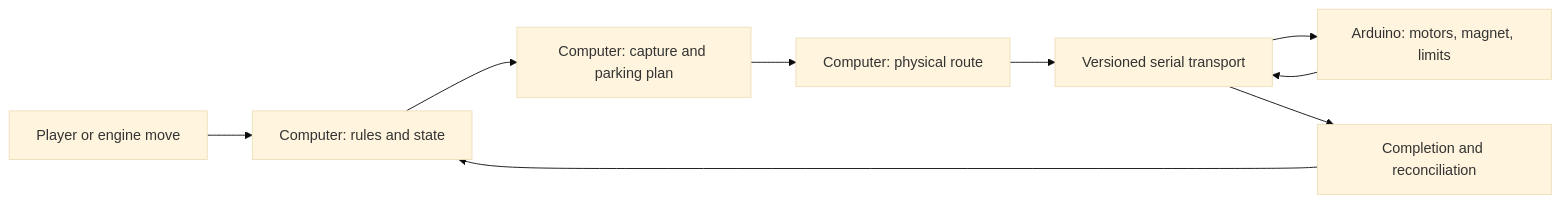
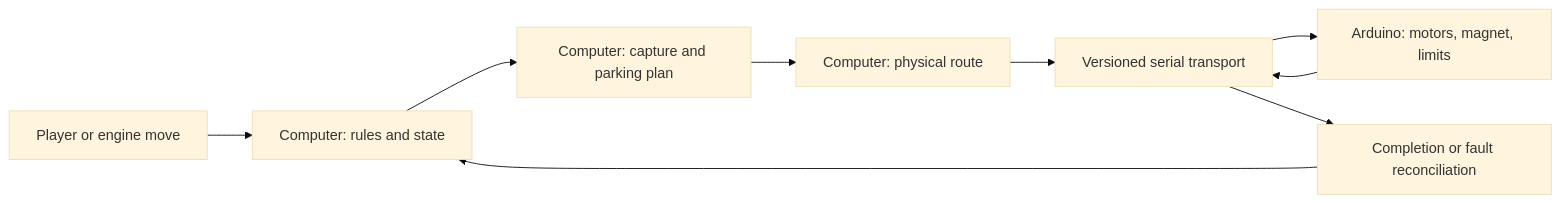
One commit to SagarsGitHub/chess-table changed the diagram in docs/ARCHITECTURE.md. Above: the diagram before and after it, drawn with Mermaid (base theme). The commit also changed other lines of this file and 13 other files, not shown here.

````diff
--- a/docs/ARCHITECTURE.md
+++ b/docs/ARCHITECTURE.md
@@ -25,11 +25,11 @@
 ```mermaid
 flowchart LR
     Input[Player or engine move] --> Game[Computer: rules and state]
     Game --> Plan[Computer: capture and parking plan]
     Plan --> Route[Computer: physical route]
     Route --> Link[Versioned serial transport]
     Link --> Motion[Arduino: motors, magnet, limits]
     Motion --> Link
-    Link --> Verify[Completion and reconciliation]
+    Link --> Verify[Completion or fault reconciliation]
     Verify --> Game
 ```
````
